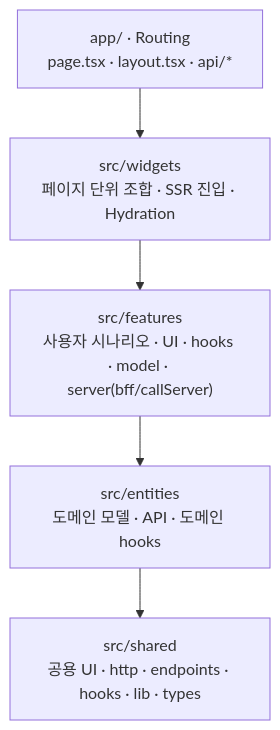
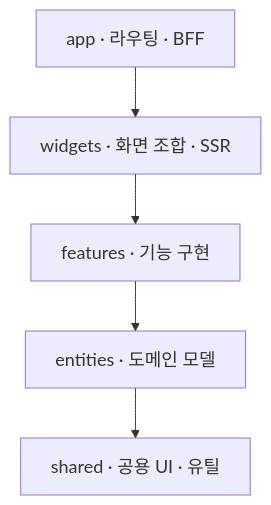
Before and after one commit to kyungchan3007/PinHouse_FE: the third of 8 diagrams in README.md, drawn with Mermaid. The commit also changed other lines of this file, not shown here.

First line of the commit message:
2026-09-14 docs: README 다이어그램 가독성 개선

````diff
--- a/README.md
+++ b/README.md
@@ -177,10 +165,11 @@
 ```mermaid
+%%{init: {'themeVariables': {'fontSize': '18px'}}}%%
 flowchart TB
-    A["app/ · Routing<br/>page.tsx · layout.tsx · api/*"]
-    W["src/widgets<br/>페이지 단위 조합 · SSR 진입 · Hydration"]
-    F["src/features<br/>사용자 시나리오 · UI · hooks · model · server(bff/callServer)"]
-    E["src/entities<br/>도메인 모델 · API · 도메인 hooks"]
-    S["src/shared<br/>공용 UI · http · endpoints · hooks · lib · types"]
+    A["app · 라우팅 · BFF"]
+    W["widgets · 화면 조합 · SSR"]
+    F["features · 기능 구현"]
+    E["entities · 도메인 모델"]
+    S["shared · 공용 UI · 유틸"]
 
     A --> W --> F --> E --> S
 ```
````
